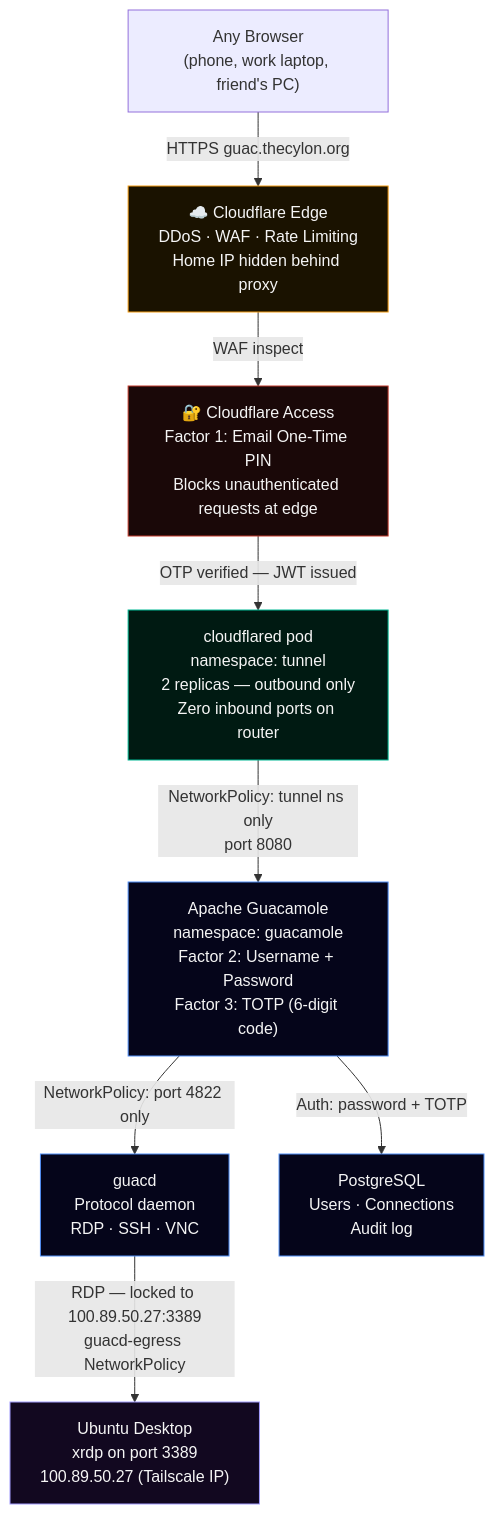
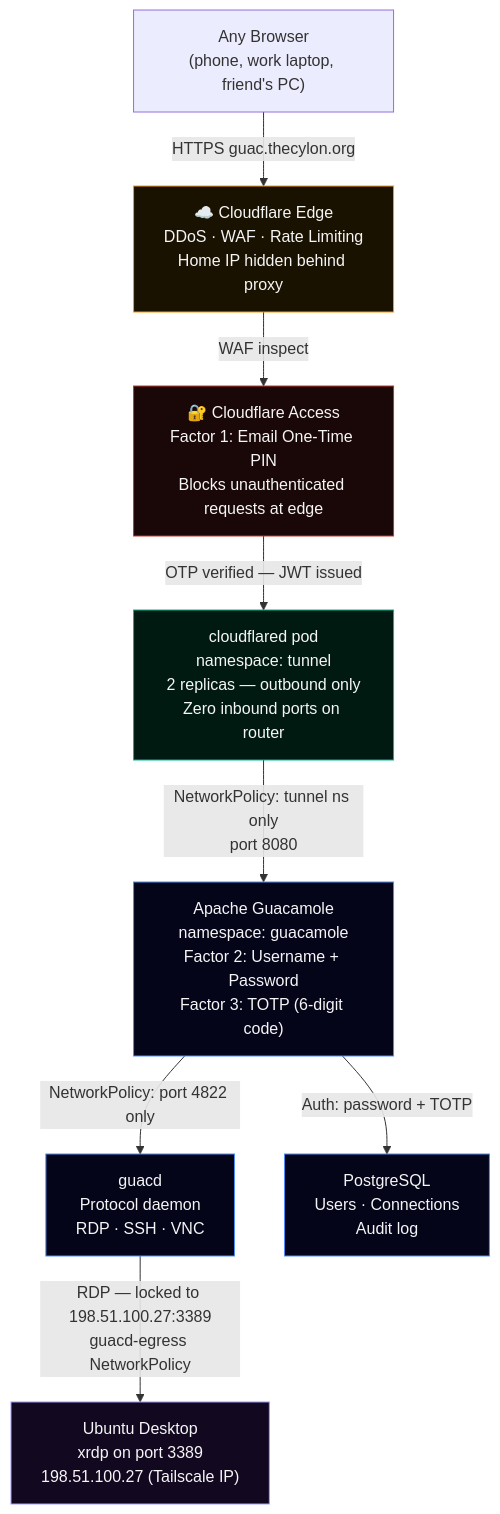
Before and after one commit to hellodk/cfpages: the first of 5 diagrams in src/content/blog/browser-rdp-zero-ports.md, drawn with Mermaid. The commit also changed other lines of this file and 70 other files, not shown here.

````diff
--- a/src/content/blog/browser-rdp-zero-ports.md
+++ b/src/content/blog/browser-rdp-zero-ports.md
@@ -31,27 +29,27 @@
 ```mermaid
 flowchart TD
     Browser["Any Browser\n(phone, work laptop, friend's PC)"]
     CF["☁️ Cloudflare Edge\nDDoS · WAF · Rate Limiting\nHome IP hidden behind proxy"]
     CFA["🔐 Cloudflare Access\nFactor 1: Email One-Time PIN\nBlocks unauthenticated requests at edge"]
     CT["cloudflared pod\nnamespace: tunnel\n2 replicas — outbound only\nZero inbound ports on router"]
     GUA["Apache Guacamole\nnamespace: guacamole\nFactor 2: Username + Password\nFactor 3: TOTP (6-digit code)"]
     GUACD["guacd\nProtocol daemon\nRDP · SSH · VNC"]
-    LAPTOP["Ubuntu Desktop\nxrdp on port 3389\n100.89.50.27 (Tailscale IP)"]
+    LAPTOP["Ubuntu Desktop\nxrdp on port 3389\n198.51.100.27 (Tailscale IP)"]
     DB["PostgreSQL\nUsers · Connections\nAudit log"]
 
     Browser -->|"HTTPS guac.thecylon.org"| CF
     CF -->|"WAF inspect"| CFA
     CFA -->|"OTP verified — JWT issued"| CT
     CT -->|"NetworkPolicy: tunnel ns only\nport 8080"| GUA
     GUA -->|"Auth: password + TOTP"| DB
     GUA -->|"NetworkPolicy: port 4822 only"| GUACD
-    GUACD -->|"RDP — locked to 100.89.50.27:3389\nguacd-egress NetworkPolicy"| LAPTOP
+    GUACD -->|"RDP — locked to 198.51.100.27:3389\nguacd-egress NetworkPolicy"| LAPTOP
 
     style CF fill:#1a1200,stroke:#f39c12,color:#f5f5f5
     style CFA fill:#1a0808,stroke:#c0392b,color:#f5f5f5
     style CT fill:#001a12,stroke:#00b894,color:#f5f5f5
     style GUA fill:#05051a,stroke:#4f8ef7,color:#f5f5f5
     style GUACD fill:#05051a,stroke:#4f8ef7,color:#f5f5f5
     style LAPTOP fill:#120820,stroke:#a29bfe,color:#f5f5f5
     style DB fill:#05051a,stroke:#4f8ef7,color:#f5f5f5
 ```
````
